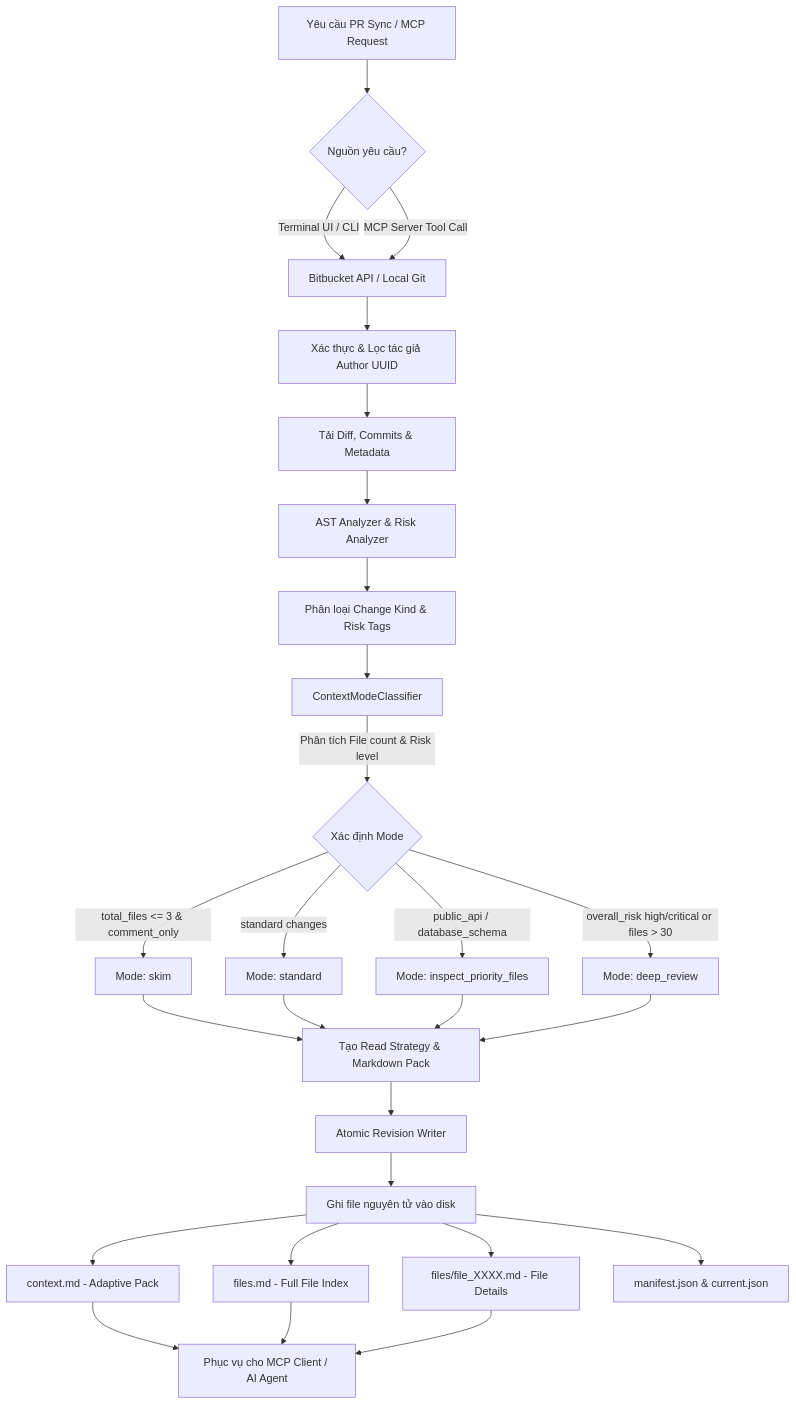
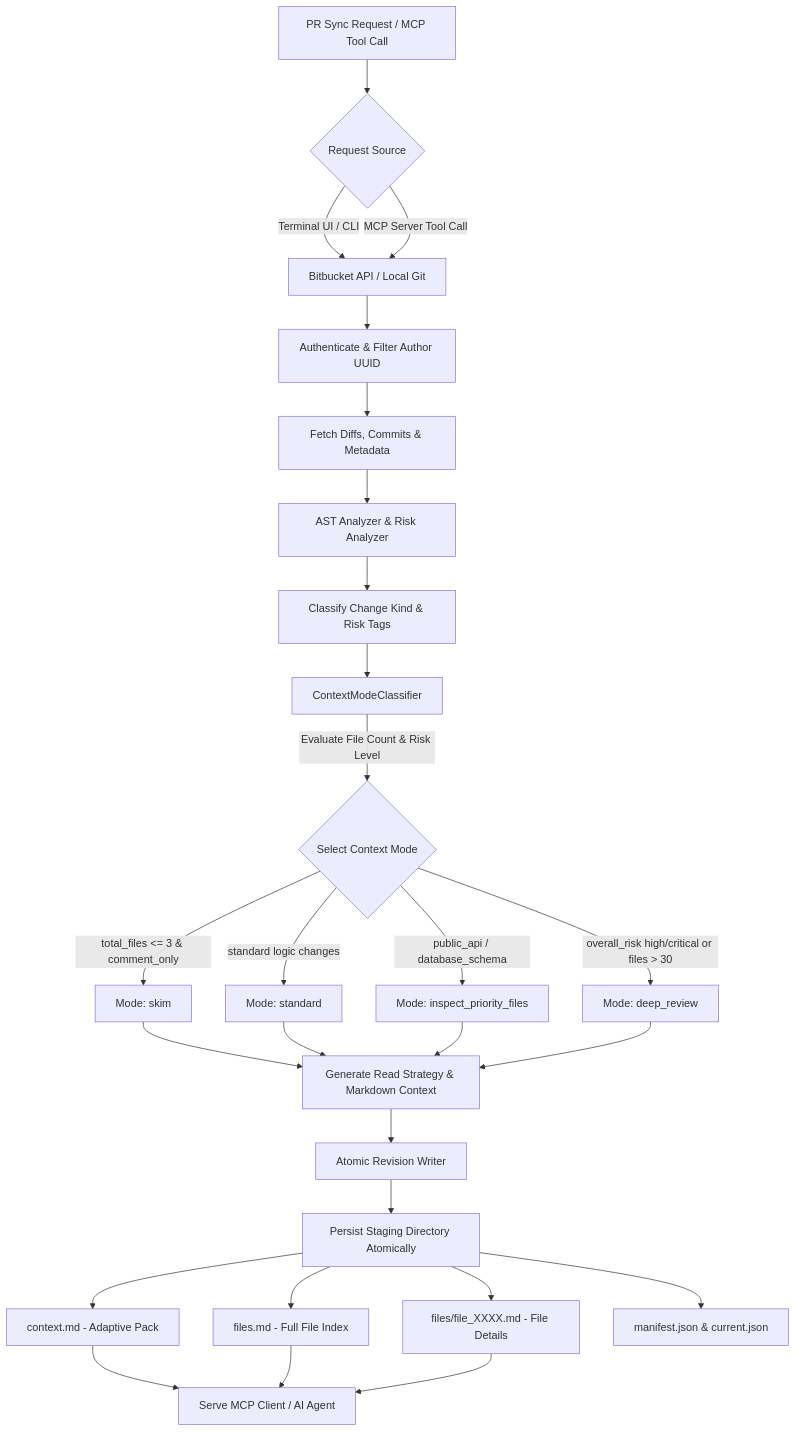
The diagram in README.md (Ninh-Duong/mcp-pr-companion), drawn with Mermaid before and after one commit. The commit also changed other lines of this file, not shown here.

````diff
--- a/README.md
+++ b/README.md
@@ -52,34 +52,34 @@
 ```mermaid
 flowchart TD
-    A[Yêu cầu PR Sync / MCP Request] --> B{Nguồn yêu cầu?}
+    A[PR Sync Request / MCP Tool Call] --> B{Request Source}
     B -- Terminal UI / CLI --> C[Bitbucket API / Local Git]
     B -- MCP Server Tool Call --> C
 
-    C --> D[Xác thực & Lọc tác giả Author UUID]
-    D --> E[Tải Diff, Commits & Metadata]
+    C --> D[Authenticate & Filter Author UUID]
+    D --> E[Fetch Diffs, Commits & Metadata]
     
     E --> F[AST Analyzer & Risk Analyzer]
-    F --> G[Phân loại Change Kind & Risk Tags]
+    F --> G[Classify Change Kind & Risk Tags]
     
     G --> H[ContextModeClassifier]
-    H -->|Phân tích File count & Risk level| I{Xác định Mode}
+    H -->|Evaluate File Count & Risk Level| I{Select Context Mode}
     
     I -- total_files <= 3 & comment_only --> J[Mode: skim]
-    I -- standard changes --> K[Mode: standard]
+    I -- standard logic changes --> K[Mode: standard]
     I -- public_api / database_schema --> L[Mode: inspect_priority_files]
     I -- overall_risk high/critical or files > 30 --> M[Mode: deep_review]
 
-    J --> N[Tạo Read Strategy & Markdown Pack]
+    J --> N[Generate Read Strategy & Markdown Context]
     K --> N
     L --> N
     M --> N
 
     N --> O[Atomic Revision Writer]
-    O --> P[Ghi file nguyên tử vào disk]
+    O --> P[Persist Staging Directory Atomically]
     P --> P1[context.md - Adaptive Pack]
     P --> P2[files.md - Full File Index]
     P --> P3[files/file_XXXX.md - File Details]
     P --> P4[manifest.json & current.json]
 
-    P1 & P2 & P3 --> Q[Phục vụ cho MCP Client / AI Agent]
+    P1 & P2 & P3 --> Q[Serve MCP Client / AI Agent]
 ```
````
